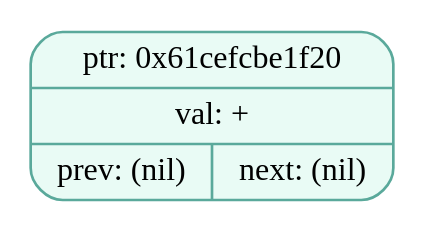
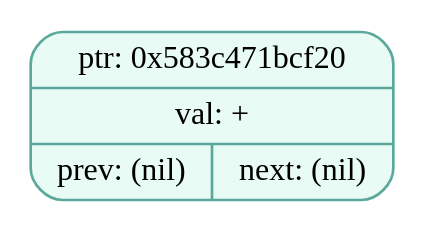
Before and after one commit to EvilTomato9890/Difference: the diagram in dumps/tree_dump_000.dot, drawn with Graphviz. The commit also changed 36 other files, not shown here.

```diff
--- a/dumps/tree_dump_000.dot
+++ b/dumps/tree_dump_000.dot
@@ -1,5 +1,5 @@
 digraph T{
   node [fontname="Fira Mono",shape=record,style="filled,rounded",fontsize=12];
   graph [splines=true, nodesep=0.6, ranksep=0.6];
-  node_0x61cefcbe1f20[shape=record,label="{ {ptr: 0x61cefcbe1f20} | {val: +} | { prev: (nil) | next: (nil) } }",color="#5aa99b",fillcolor="#e9fbf5"];
+  node_0x583c471bcf20[shape=record,label="{ {ptr: 0x583c471bcf20} | {val: +} | { prev: (nil) | next: (nil) } }",color="#5aa99b",fillcolor="#e9fbf5"];
 }
```
